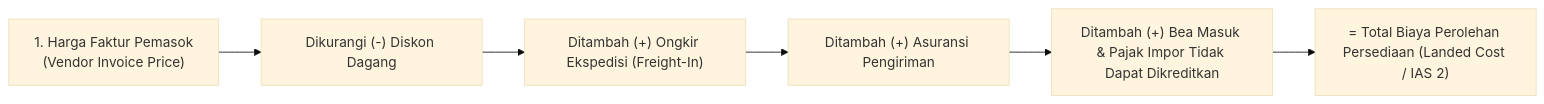
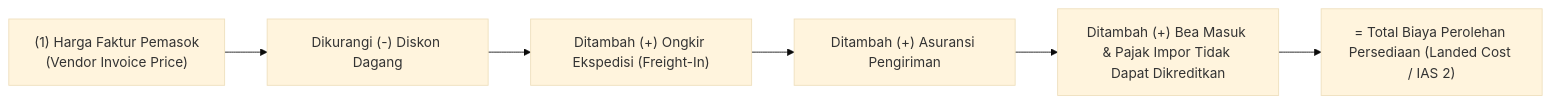
Before and after one commit to alimurrofid/erp-notes: the diagram in content/04-purchasing/purchasing-pricing-and-terms.md, drawn with Mermaid (base theme). The commit also changed 132 other files, not shown here.

````diff
--- a/content/04-purchasing/purchasing-pricing-and-terms.md
+++ b/content/04-purchasing/purchasing-pricing-and-terms.md
@@ -33,9 +33,9 @@
 ```mermaid
 flowchart LR
-    BP["1. Harga Faktur Pemasok<br/>(Vendor Invoice Price)"]
+    BP["(1) Harga Faktur Pemasok<br/>(Vendor Invoice Price)"]
     --> Disc["Dikurangi (-) Diskon Dagang"]
     --> Freight["Ditambah (+) Ongkir Ekspedisi (Freight-In)"]
     --> Ins["Ditambah (+) Asuransi Pengiriman"]
     --> Duty["Ditambah (+) Bea Masuk & Pajak Impor Tidak Dapat Dikreditkan"]
     --> Landed["= Total Biaya Perolehan Persediaan (Landed Cost / IAS 2)"]
 ```
````
